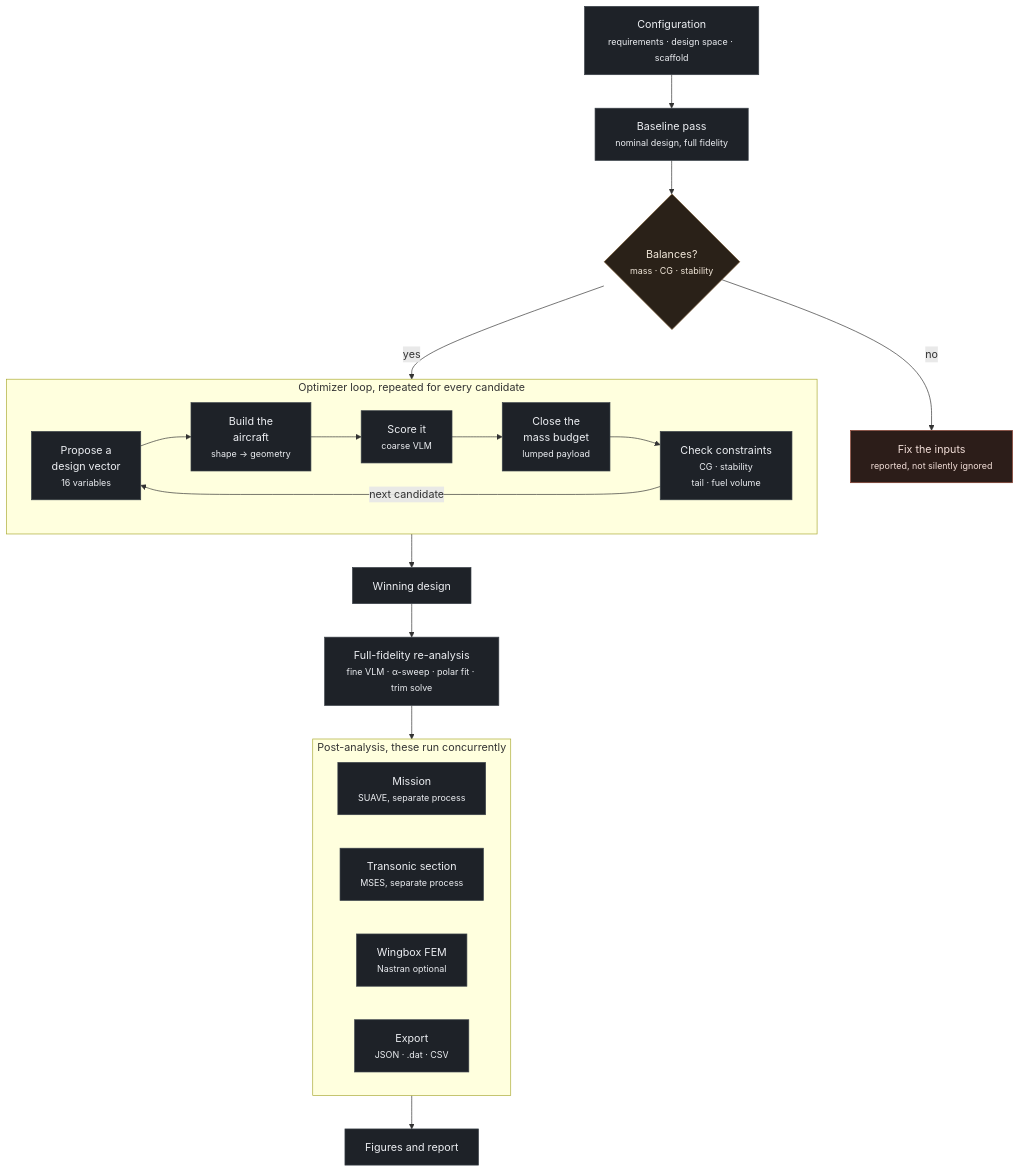
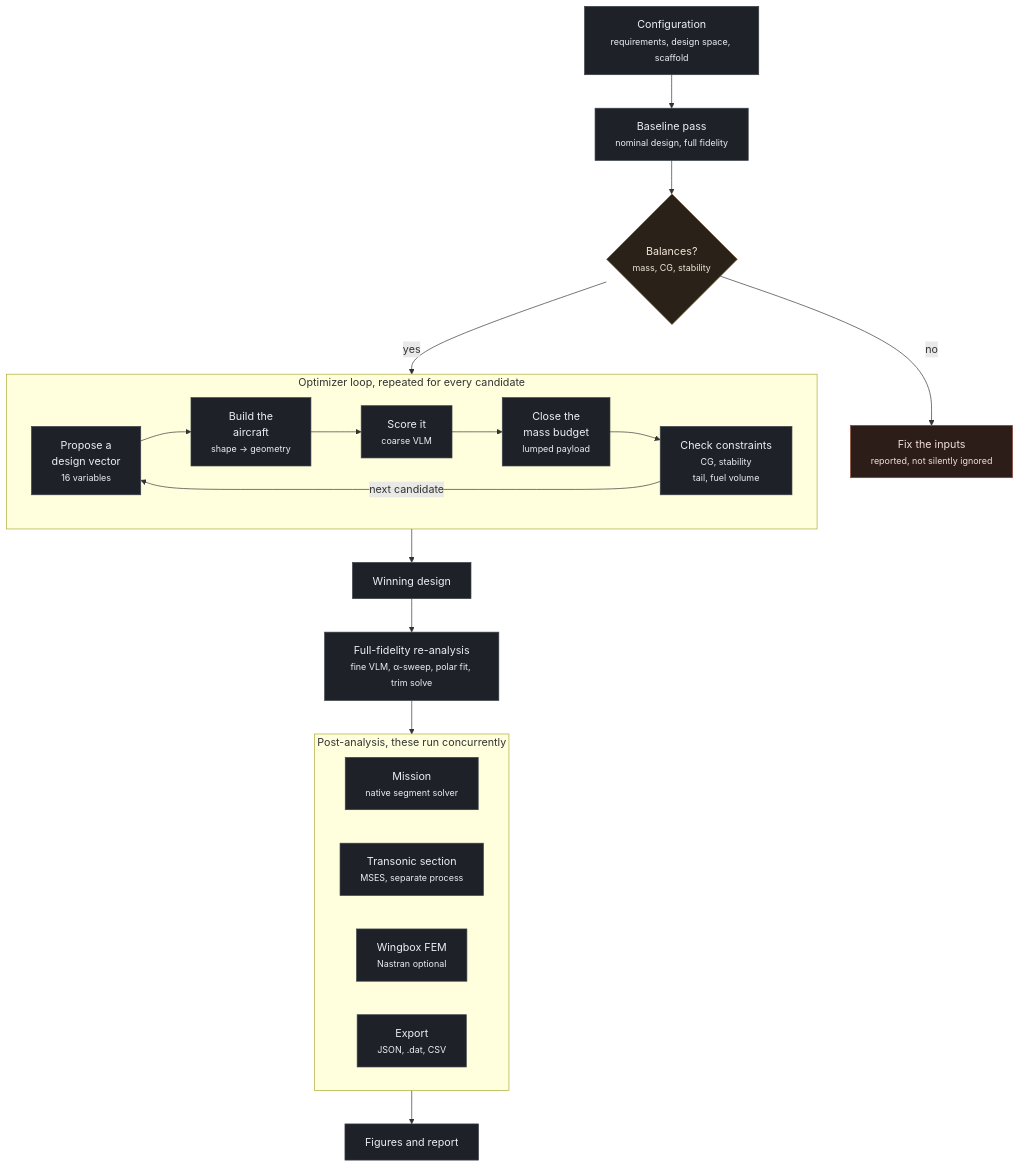
The first of 2 diagrams in site/docs-site/docs/pipeline-diagram.md (MarcosQuirogaR/ALAS), drawn with Mermaid before and after one commit. The commit also changed other lines of this file and 215 other files, not shown here.

````diff
--- a/site/docs-site/docs/pipeline-diagram.md
+++ b/site/docs-site/docs/pipeline-diagram.md
@@ -8,41 +8,41 @@
 ```mermaid
 flowchart TD
-    CFG["Configuration<br/><small>requirements · design space · scaffold</small>"]
+    CFG["Configuration<br/><small>requirements, design space, scaffold</small>"]
 
     CFG --> BASE["Baseline pass<br/><small>nominal design, full fidelity</small>"]
-    BASE --> BCHK{"Balances?<br/><small>mass · CG · stability</small>"}
+    BASE --> BCHK{"Balances?<br/><small>mass, CG, stability</small>"}
     BCHK -- no --> STOP["Fix the inputs<br/><small>reported, not silently ignored</small>"]
     BCHK -- yes --> OPT
 
     subgraph OPT ["Optimizer loop, repeated for every candidate"]
         direction LR
         GEN["Propose a<br/>design vector<br/><small>16 variables</small>"]
         GEN --> BUILD["Build the<br/>aircraft<br/><small>shape → geometry</small>"]
         BUILD --> FAST["Score it<br/><small>coarse VLM</small>"]
         FAST --> MASS["Close the<br/>mass budget<br/><small>lumped payload</small>"]
-        MASS --> PEN["Check constraints<br/><small>CG · stability<br/>tail · fuel volume</small>"]
+        MASS --> PEN["Check constraints<br/><small>CG, stability<br/>tail, fuel volume</small>"]
         PEN -- "next candidate" --> GEN
     end
 
     OPT --> WIN["Winning design"]
-    WIN --> FINE["Full-fidelity re-analysis<br/><small>fine VLM · α-sweep · polar fit · trim solve</small>"]
+    WIN --> FINE["Full-fidelity re-analysis<br/><small>fine VLM, α-sweep, polar fit, trim solve</small>"]
 
     FINE --> POST
 
     subgraph POST ["Post-analysis, these run concurrently"]
         direction LR
-        MISSION["Mission<br/><small>SUAVE, separate process</small>"]
+        MISSION["Mission<br/><small>native segment solver</small>"]
         MSES["Transonic section<br/><small>MSES, separate process</small>"]
         STRUCT["Wingbox FEM<br/><small>Nastran optional</small>"]
-        EXPORT["Export<br/><small>JSON · .dat · CSV</small>"]
+        EXPORT["Export<br/><small>JSON, .dat, CSV</small>"]
     end
 
     POST --> FIGS["Figures and report"]
 
     classDef stage fill:#1e2228,stroke:#3a4048,color:#eceef2;
     classDef decide fill:#2a2118,stroke:#7a5a34,color:#f0e6d8;
     classDef halt fill:#2c1d19,stroke:#8a4030,color:#f2ded8;
     class CFG,BASE,GEN,BUILD,FAST,MASS,PEN,WIN,FINE,MISSION,MSES,STRUCT,EXPORT,FIGS stage;
     class BCHK decide;
     class STOP halt;
 ```
````
